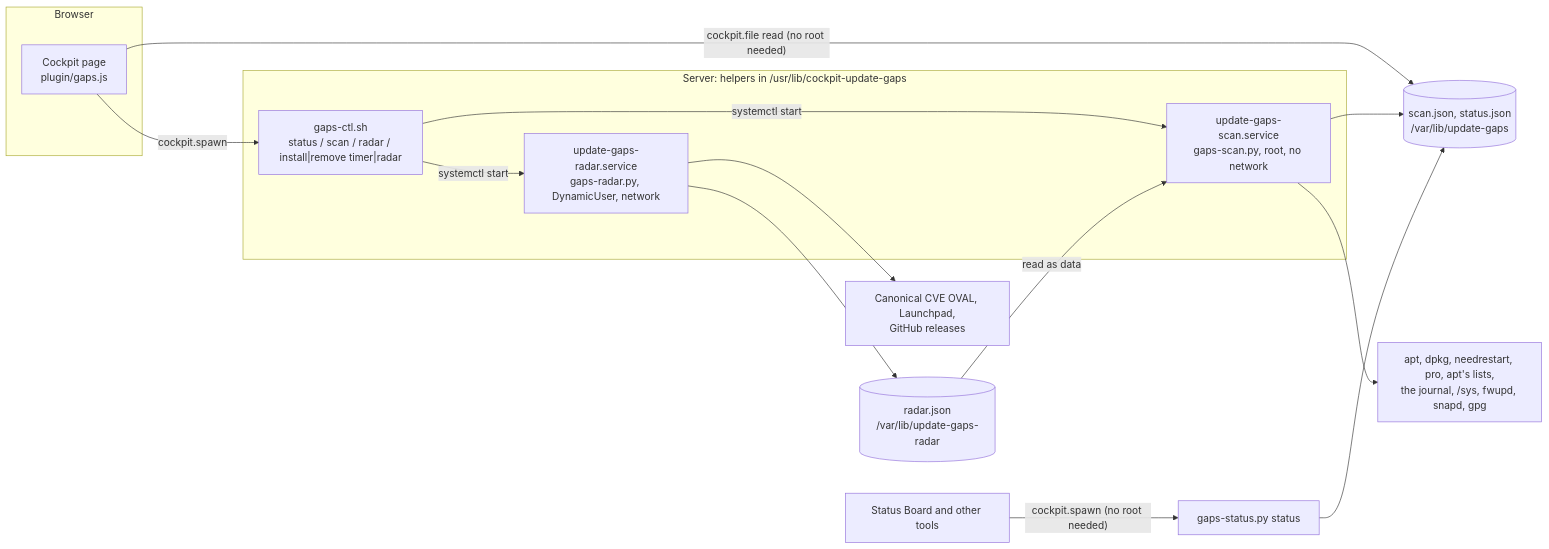
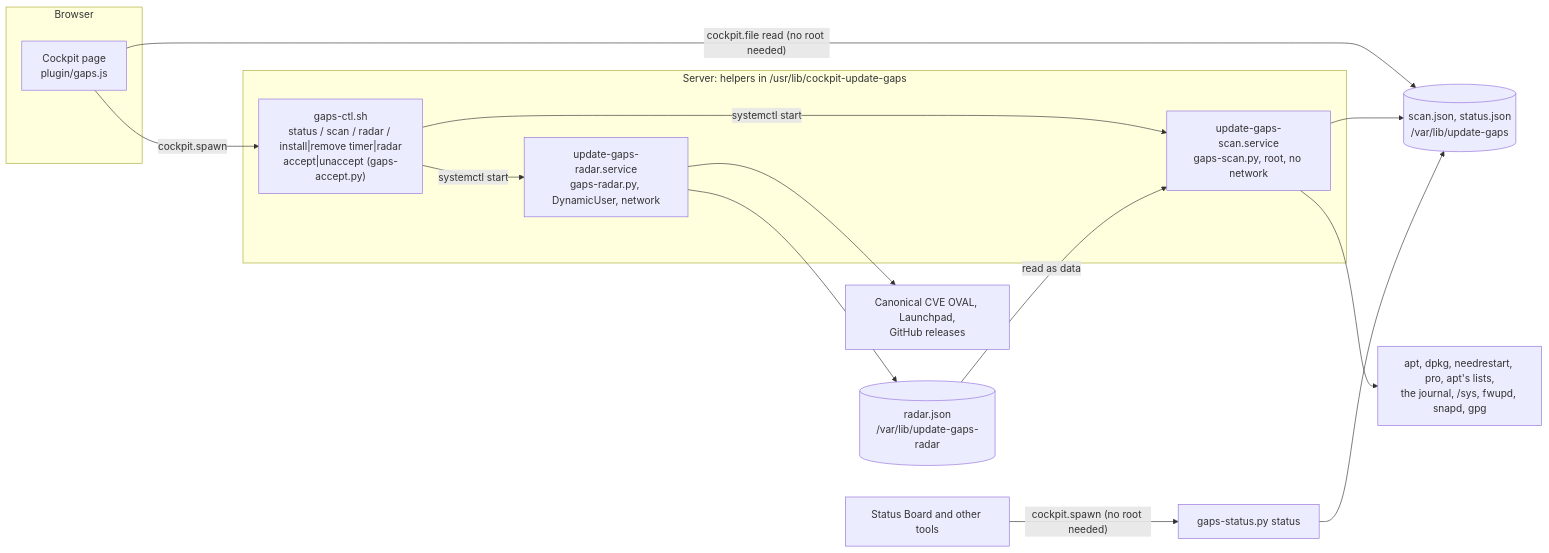
One commit to Azentrius/cockpit-update-gaps changed the diagram in README.md. Above: the diagram before and after it, drawn with Mermaid. The commit also changed other lines of this file and 38 other files, not shown here.

````diff
--- a/README.md
+++ b/README.md
@@ -95,28 +102,28 @@
 ```mermaid
 flowchart LR
     subgraph B["Browser"]
         P["Cockpit page<br/>plugin/gaps.js"]
     end
     subgraph H["Server: helpers in /usr/lib/cockpit-update-gaps"]
-        CTL["gaps-ctl.sh<br/>status / scan / radar / install|remove timer|radar"]
+        CTL["gaps-ctl.sh<br/>status / scan / radar / install|remove timer|radar<br/>accept|unaccept (gaps-accept.py)"]
         SVC["update-gaps-scan.service<br/>gaps-scan.py, root, no network"]
         RAD["update-gaps-radar.service<br/>gaps-radar.py, DynamicUser, network"]
     end
     ST[("scan.json, status.json<br/>/var/lib/update-gaps")]
     RJ[("radar.json<br/>/var/lib/update-gaps-radar")]
     SYS["apt, dpkg, needrestart, pro, apt's lists,<br/>the journal, /sys, fwupd, snapd, gpg"]
     NET["Canonical CVE OVAL, Launchpad,<br/>GitHub releases"]
     SB["Status Board and other tools"]
     STV["gaps-status.py status"]
     P -->|"cockpit.file read (no root needed)"| ST
     P -->|"cockpit.spawn"| CTL
     CTL -->|"systemctl start"| SVC
     CTL -->|"systemctl start"| RAD
     RAD --> NET
     RAD --> RJ
     RJ -->|"read as data"| SVC
     SVC --> SYS
     SVC --> ST
     SB -->|"cockpit.spawn (no root needed)"| STV
     STV --> ST
 ```
````
